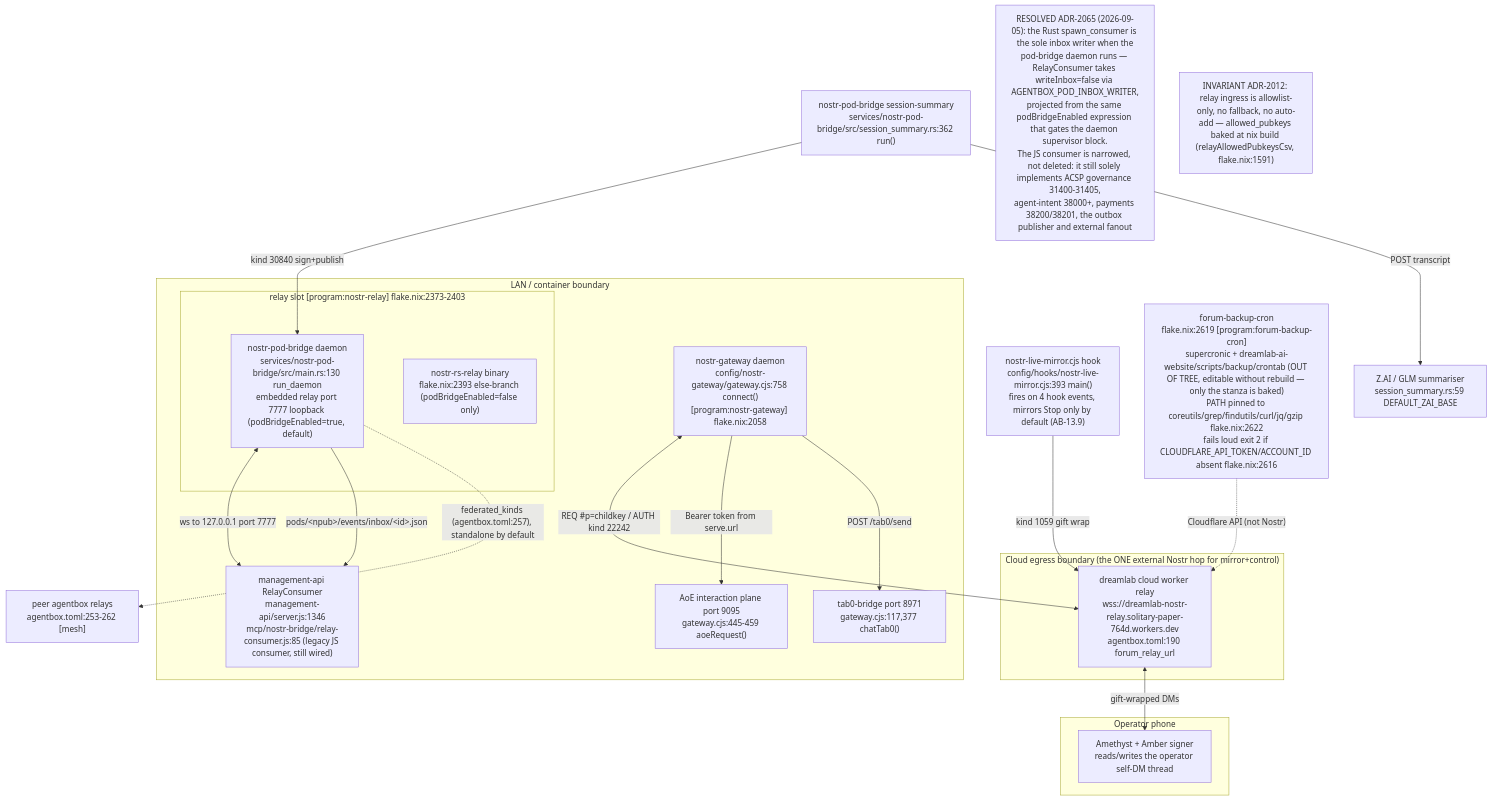
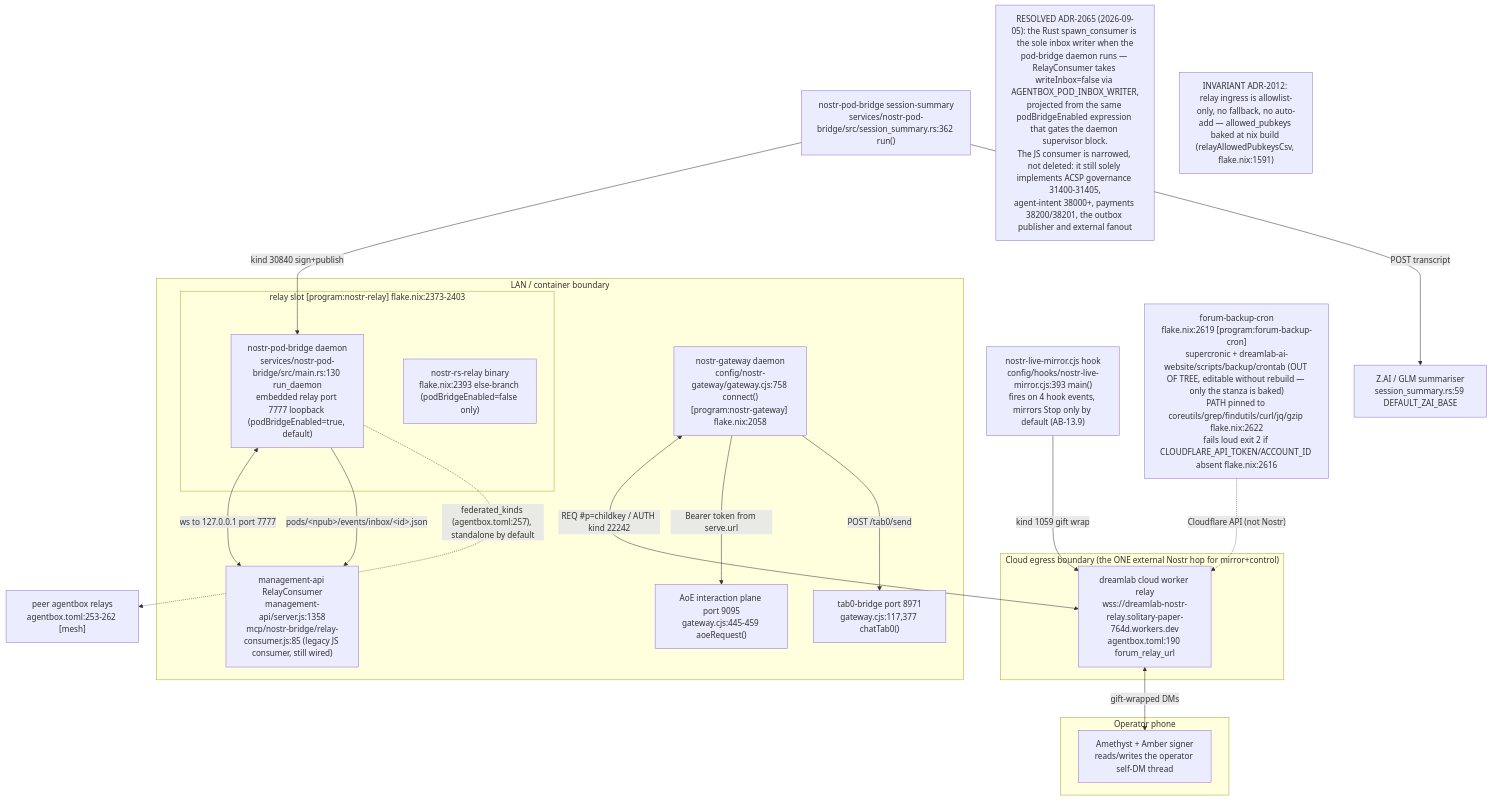
One commit to DreamLab-AI/VisionFlow changed the first of 16 diagrams in docs/diagrams/agentbox/13-nostr-relay-gateway-bridge-mirror.md. Above: the diagram before and after it, drawn with Mermaid. The commit also changed other lines of this file and 17 other files, not shown here.

````diff
--- a/docs/diagrams/agentbox/13-nostr-relay-gateway-bridge-mirror.md
+++ b/docs/diagrams/agentbox/13-nostr-relay-gateway-bridge-mirror.md
@@ -43,39 +43,39 @@
 ```mermaid
 flowchart TB
     subgraph lan["LAN / container boundary"]
         subgraph relayslot["relay slot [program:nostr-relay] flake.nix:2373-2403"]
             PB["nostr-pod-bridge daemon<br/>services/nostr-pod-bridge/src/main.rs:130 run_daemon<br/>embedded relay port 7777 loopback (podBridgeEnabled=true, default)"]
             RS["nostr-rs-relay binary<br/>flake.nix:2393 else-branch (podBridgeEnabled=false only)"]
         end
         GW["nostr-gateway daemon<br/>config/nostr-gateway/gateway.cjs:758 connect()<br/>[program:nostr-gateway] flake.nix:2058"]
-        MGMT["management-api RelayConsumer<br/>management-api/server.js:1346<br/>mcp/nostr-bridge/relay-consumer.js:85 (legacy JS consumer, still wired)"]
+        MGMT["management-api RelayConsumer<br/>management-api/server.js:1358<br/>mcp/nostr-bridge/relay-consumer.js:85 (legacy JS consumer, still wired)"]
         AOE["AoE interaction plane port 9095<br/>gateway.cjs:445-459 aoeRequest()"]
         TAB0["tab0-bridge port 8971<br/>gateway.cjs:117,377 chatTab0()"]
     end
     subgraph cloud["Cloud egress boundary (the ONE external Nostr hop for mirror+control)"]
         CLOUD["dreamlab cloud worker relay<br/>wss://dreamlab-nostr-relay.solitary-paper-764d.workers.dev<br/>agentbox.toml:190 forum_relay_url"]
     end
     subgraph phone["Operator phone"]
         AME["Amethyst + Amber signer<br/>reads/writes the operator self-DM thread"]
     end
     MIRROR["nostr-live-mirror.cjs hook<br/>config/hooks/nostr-live-mirror.cjs:393 main()<br/>fires on 4 hook events, mirrors Stop only by default (AB-13.9)"]
     DIGEST["nostr-pod-bridge session-summary<br/>services/nostr-pod-bridge/src/session_summary.rs:362 run()"]
     ZAI["Z.AI / GLM summariser<br/>session_summary.rs:59 DEFAULT_ZAI_BASE"]
     FORUM["forum-backup-cron<br/>flake.nix:2619 [program:forum-backup-cron]<br/>supercronic + dreamlab-ai-website/scripts/backup/crontab (OUT OF TREE, editable without rebuild — only the stanza is baked)<br/>PATH pinned to coreutils/grep/findutils/curl/jq/gzip flake.nix:2622<br/>fails loud exit 2 if CLOUDFLARE_API_TOKEN/ACCOUNT_ID absent flake.nix:2616"]
     MESH["peer agentbox relays<br/>agentbox.toml:253-262 [mesh]"]
 
     MIRROR -->|"kind 1059 gift wrap"| CLOUD
     GW <-->|"REQ #p=childkey / AUTH kind 22242"| CLOUD
     CLOUD <-->|"gift-wrapped DMs"| AME
     DIGEST -->|"kind 30840 sign+publish"| PB
     DIGEST -->|"POST transcript"| ZAI
     PB <-->|"ws to 127.0.0.1 port 7777"| MGMT
     PB -->|"pods/&lt;npub&gt;/events/inbox/&lt;id&gt;.json"| MGMT
     GW -->|"Bearer token from serve.url"| AOE
     GW -->|"POST /tab0/send"| TAB0
     PB -.->|"federated_kinds (agentbox.toml:257), standalone by default"| MESH
     FORUM -.->|"Cloudflare API (not Nostr)"| CLOUD
 
 N1["RESOLVED ADR-2065 (2026-09-05): the Rust spawn_consumer is the sole inbox writer when the<br/>pod-bridge daemon runs — RelayConsumer takes writeInbox=false via AGENTBOX_POD_INBOX_WRITER,<br/>projected from the same podBridgeEnabled expression that gates the daemon supervisor block.<br/>The JS consumer is narrowed, not deleted: it still solely implements ACSP governance 31400-31405,<br/>agent-intent 38000+, payments 38200/38201, the outbox publisher and external fanout"]
     N2["INVARIANT ADR-2012: relay ingress is allowlist-only, no fallback, no auto-add — allowed_pubkeys baked at nix build (relayAllowedPubkeysCsv, flake.nix:1591)"]
 ```
````
